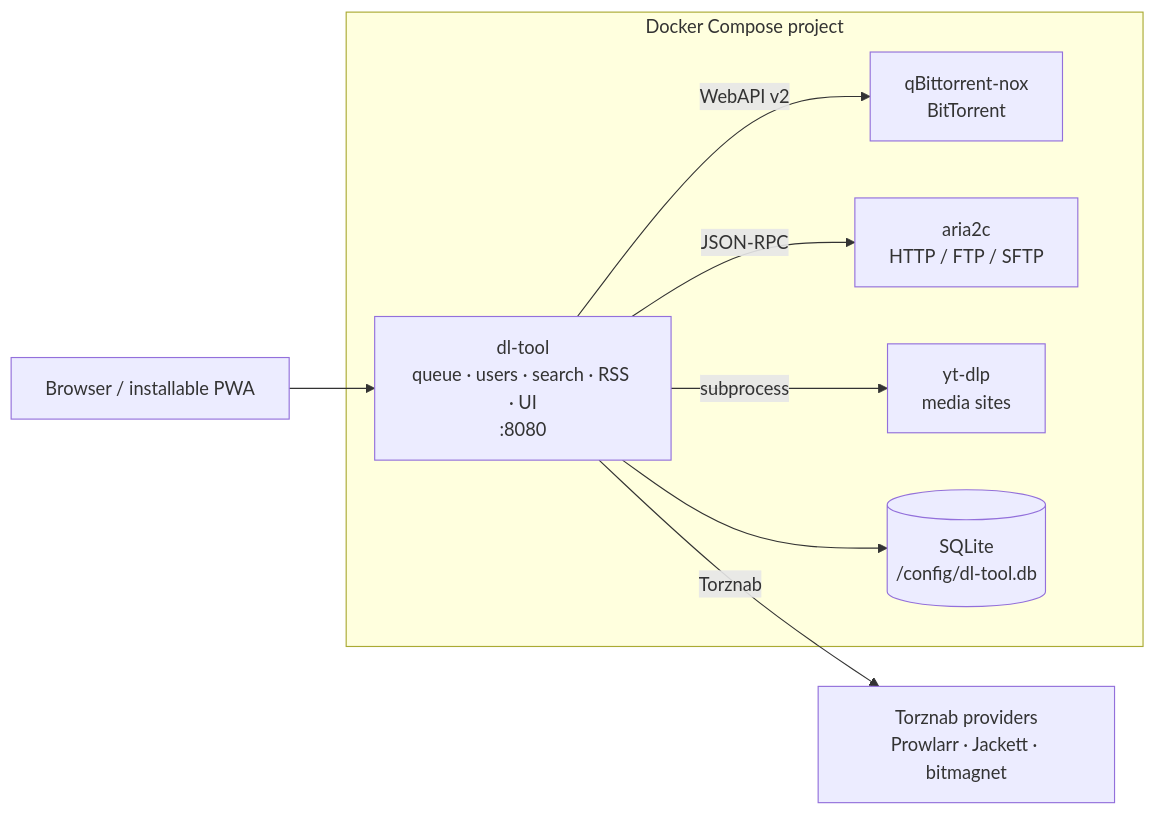
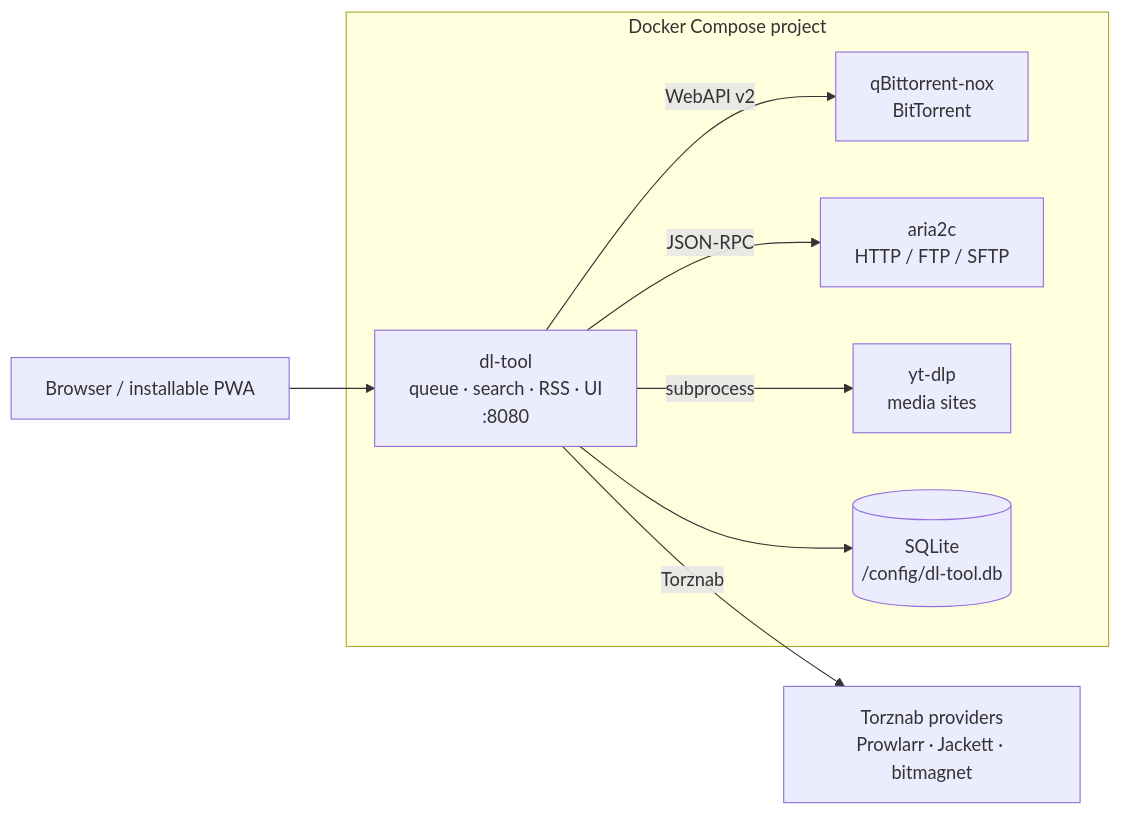
Before and after one commit to L-K-M/dl-tool: the diagram in README.md, drawn with Mermaid. The commit also changed other lines of this file and 50 other files, not shown here.

````diff
--- a/README.md
+++ b/README.md
@@ -43,18 +42,18 @@
 ```mermaid
 flowchart LR
   user["Browser / installable PWA"]
   subgraph host["Docker Compose project"]
-    app["dl-tool<br/>queue · users · search · RSS · UI<br/>:8080"]
+    app["dl-tool<br/>queue · search · RSS · UI<br/>:8080"]
     qb["qBittorrent-nox<br/>BitTorrent"]
     ar["aria2c<br/>HTTP / FTP / SFTP"]
     yt["yt-dlp<br/>media sites"]
     db[("SQLite<br/>/config/dl-tool.db")]
   end
   idx["Torznab providers<br/>Prowlarr · Jackett · bitmagnet"]
   user --> app
   app --> db
   app -->|"WebAPI v2"| qb
   app -->|"JSON-RPC"| ar
   app -->|"subprocess"| yt
   app -->|"Torznab"| idx
 ```
````
